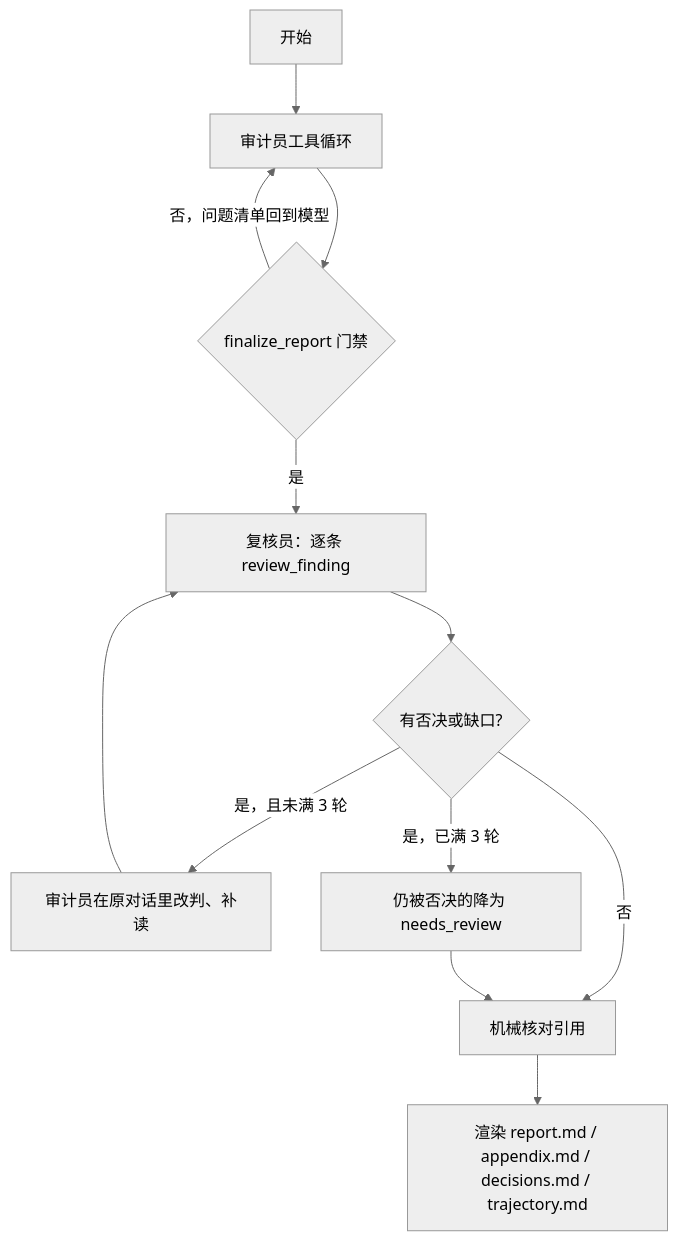
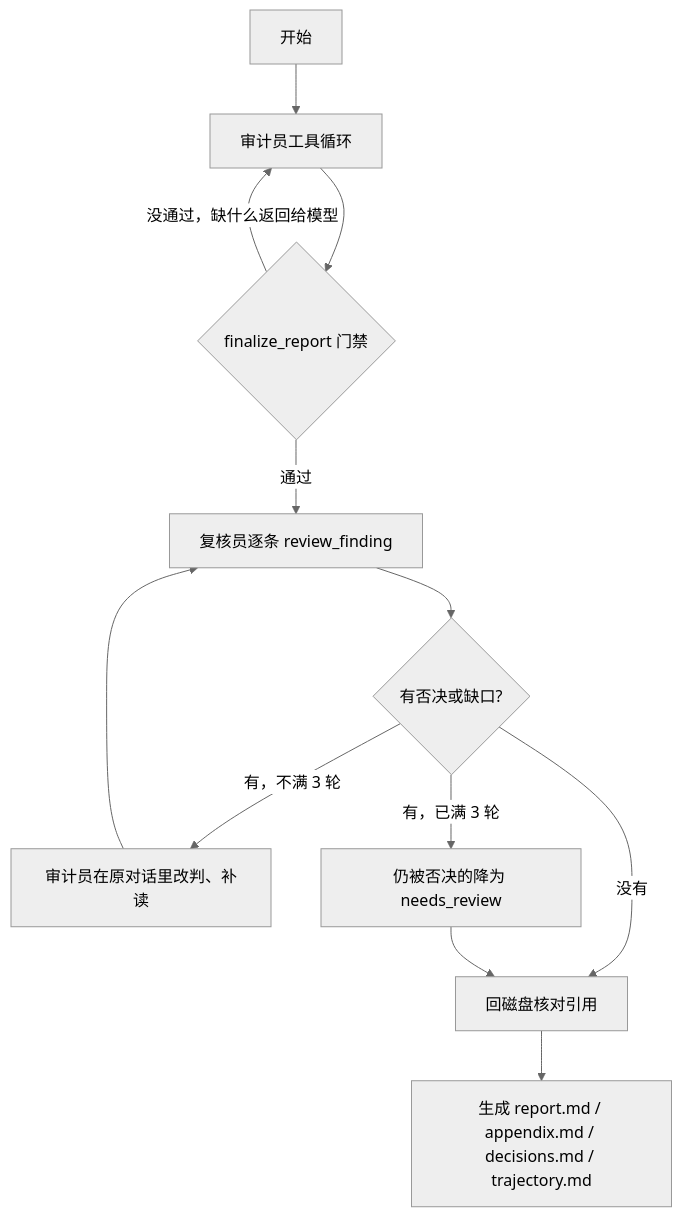
Before and after one commit to XIOQIGE/ylinux-code-audit-agent: the diagram in DESIGN.md, drawn with Mermaid (neutral theme). The commit also changed other lines of this file and 41 other files, not shown here.

````diff
--- a/DESIGN.md
+++ b/DESIGN.md
@@ -13,14 +13,14 @@
 ```mermaid
 flowchart TD
     start[开始] --> auditor[审计员工具循环]
     auditor --> gate{finalize_report 门禁}
-    gate -->|否，问题清单回到模型| auditor
-    gate -->|是| critic[复核员：逐条 review_finding]
+    gate -->|没通过，缺什么返回给模型| auditor
+    gate -->|通过| critic[复核员逐条 review_finding]
     critic --> decide{有否决或缺口?}
-    decide -->|否| verify[机械核对引用]
-    decide -->|是，且未满 3 轮| resume[审计员在原对话里改判、补读]
+    decide -->|没有| verify[回磁盘核对引用]
+    decide -->|有，不满 3 轮| resume[审计员在原对话里改判、补读]
     resume --> critic
-    decide -->|是，已满 3 轮| downgrade[仍被否决的降为 needs_review]
+    decide -->|有，已满 3 轮| downgrade[仍被否决的降为 needs_review]
     downgrade --> verify
-    verify --> report[渲染 report.md / appendix.md / decisions.md / trajectory.md]
+    verify --> report[生成 report.md / appendix.md / decisions.md / trajectory.md]
 ```
````
